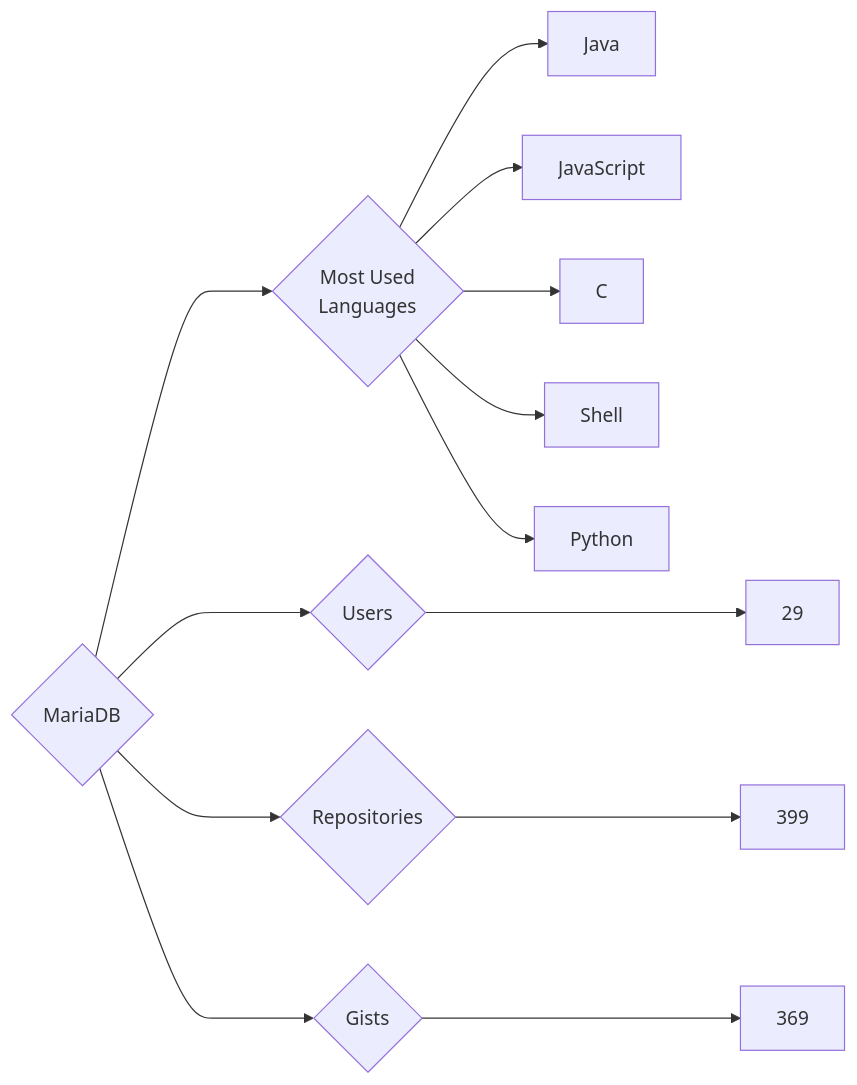
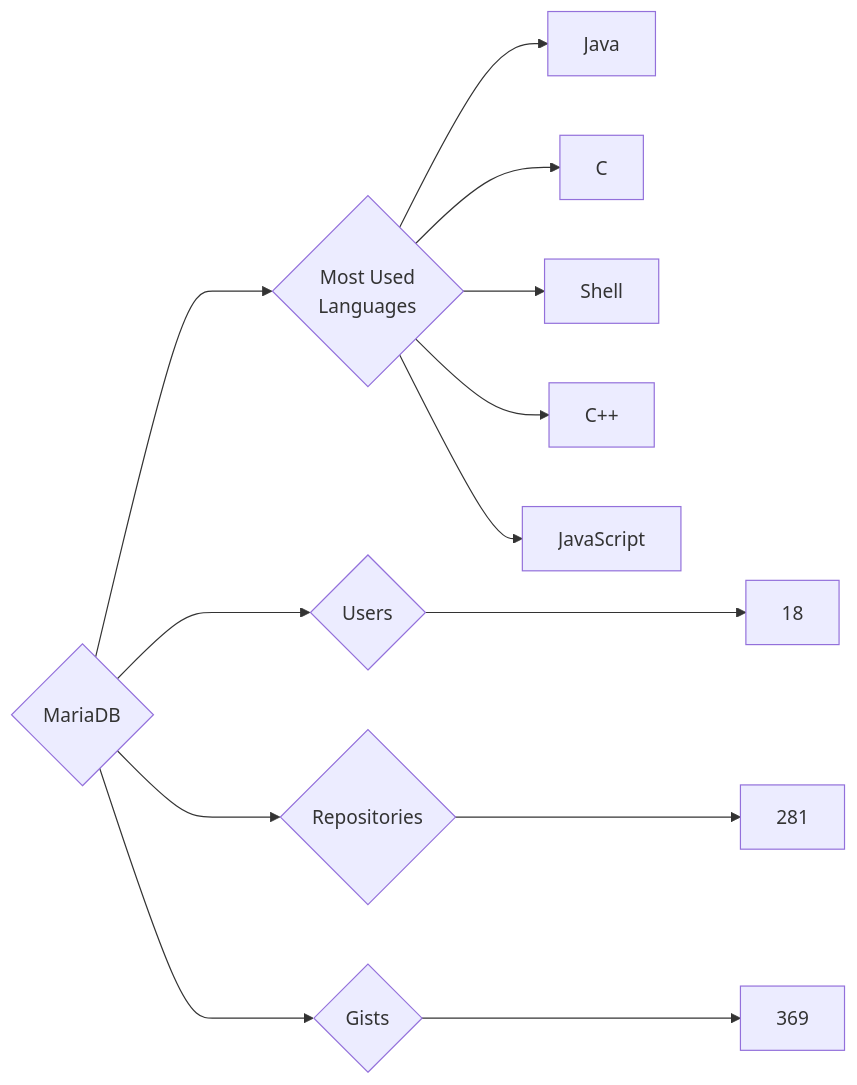
Before and after one commit to trickest/insiders: the diagram in targets/MariaDB/README.md, drawn with Mermaid. The commit also changed 1248 other files, not shown here.

````diff
--- a/targets/MariaDB/README.md
+++ b/targets/MariaDB/README.md
@@ -3,13 +3,13 @@
 ```mermaid
 graph LR
 COMPANY_NAME{MariaDB}
-COMPANY_NAME ---> U{Users} ---> UN[29]
-COMPANY_NAME ---> R{Repositories} ---> RN[399]
+COMPANY_NAME ---> U{Users} ---> UN[18]
+COMPANY_NAME ---> R{Repositories} ---> RN[281]
 COMPANY_NAME ---> G{Gists} ---> GN[369]
 COMPANY_NAME ---> ML{Most Used<br>Languages}
 ML --> Java[Java]
-ML --> JavaScript[JavaScript]
 ML --> C[C]
 ML --> Shell[Shell]
-ML --> Python[Python]
+ML --> C++[C++]
+ML --> JavaScript[JavaScript]
 ```
````
